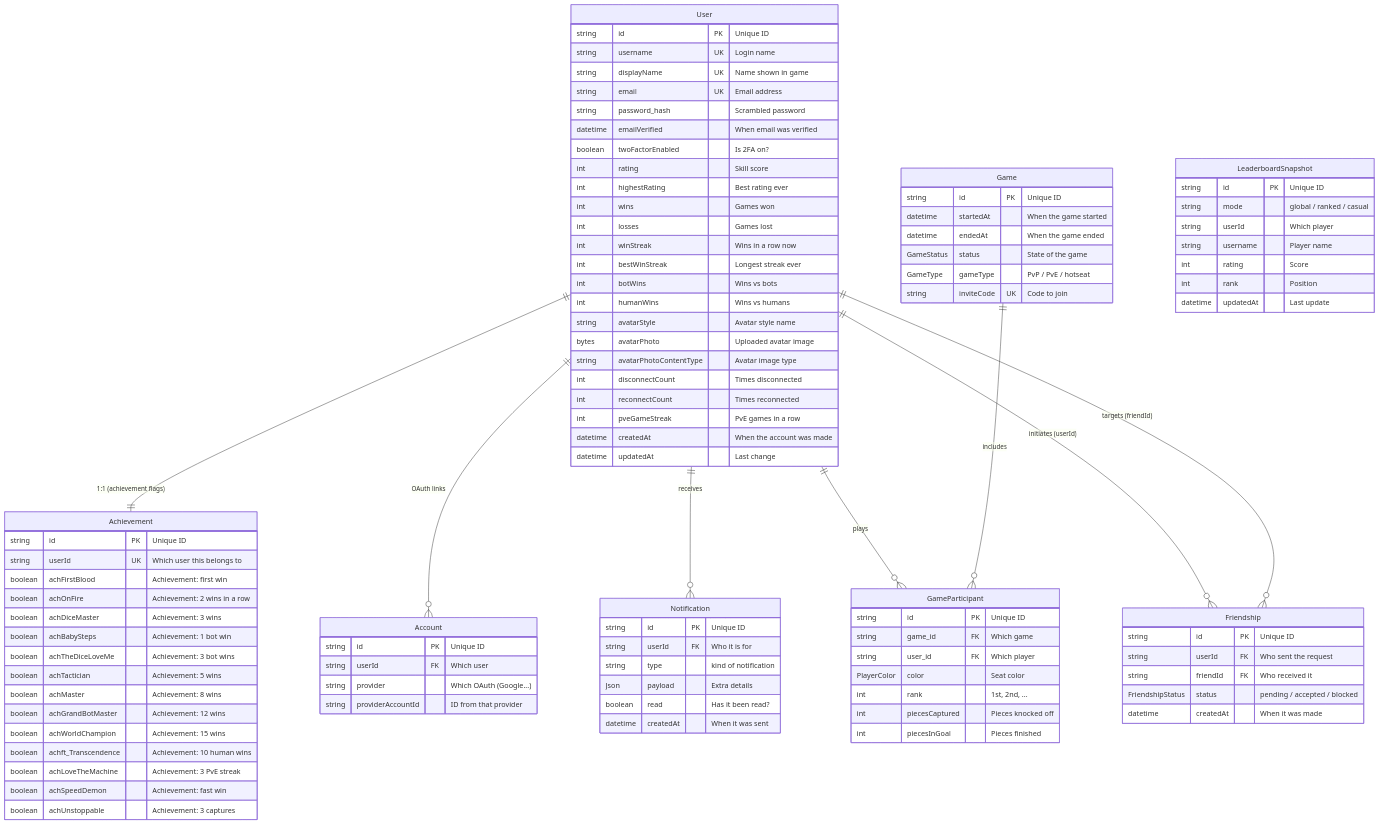
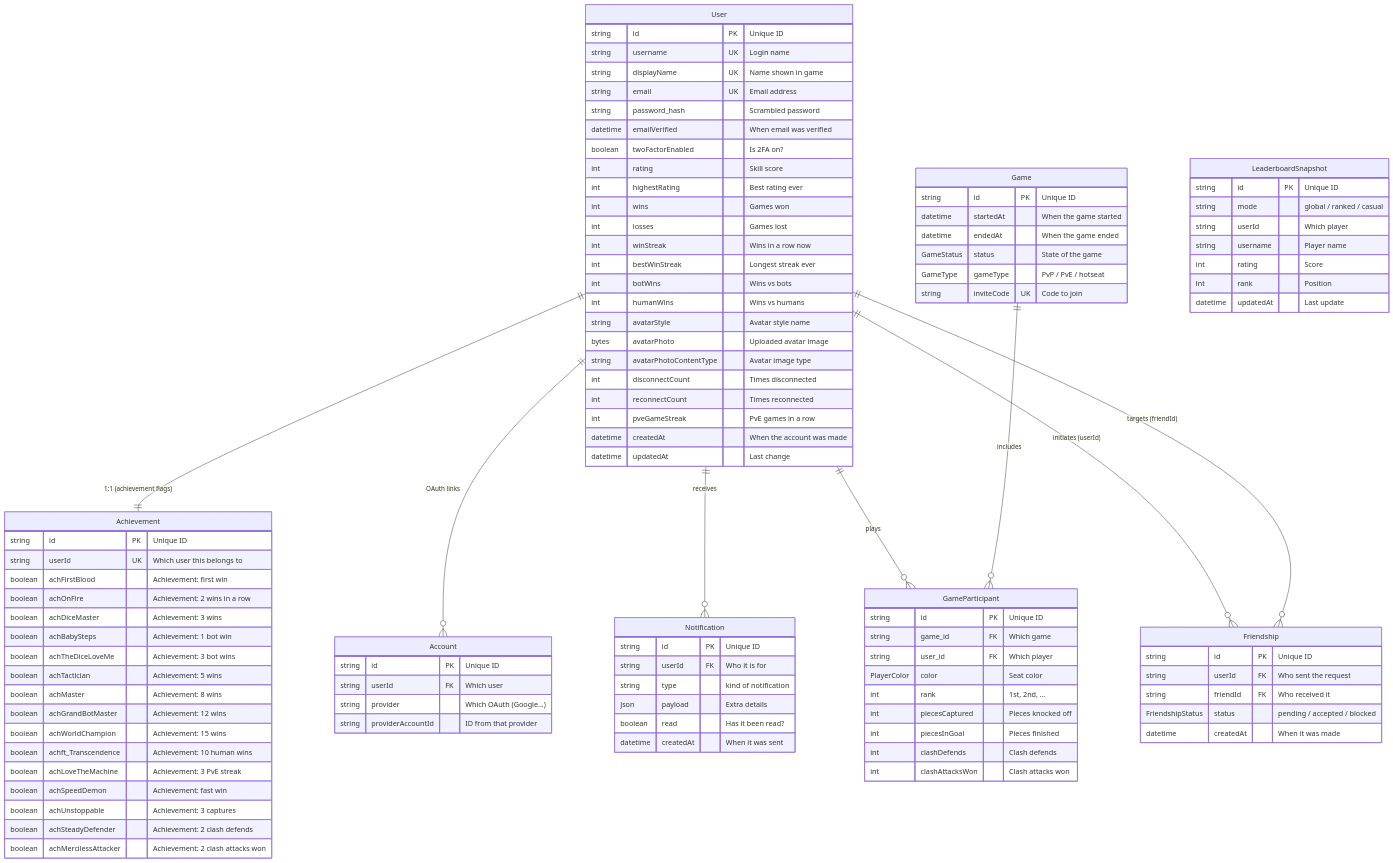
Before and after one commit to JaxzTan/ft_transcendence: the diagram in docs/backend/backend-database-schema-system.md, drawn with Mermaid. The commit also changed other lines of this file and 14 other files, not shown here.

```diff
--- a/docs/backend/backend-database-schema-system.md
+++ b/docs/backend/backend-database-schema-system.md
@@ -269,6 +271,8 @@
         boolean achLoveTheMachine "Achievement: 3 PvE streak"
         boolean achSpeedDemon "Achievement: fast win"
         boolean achUnstoppable "Achievement: 3 captures"
+        boolean achSteadyDefender "Achievement: 2 clash defends"
+        boolean achMercilessAttacker "Achievement: 2 clash attacks won"
     }
     Account {
         string id PK "Unique ID"
@@ -292,6 +296,8 @@
         int rank "1st, 2nd, ..."
         int piecesCaptured "Pieces knocked off"
         int piecesInGoal "Pieces finished"
+        int clashDefends "Clash defends"
+        int clashAttacksWon "Clash attacks won"
     }
     Friendship {
         string id PK "Unique ID"
```
